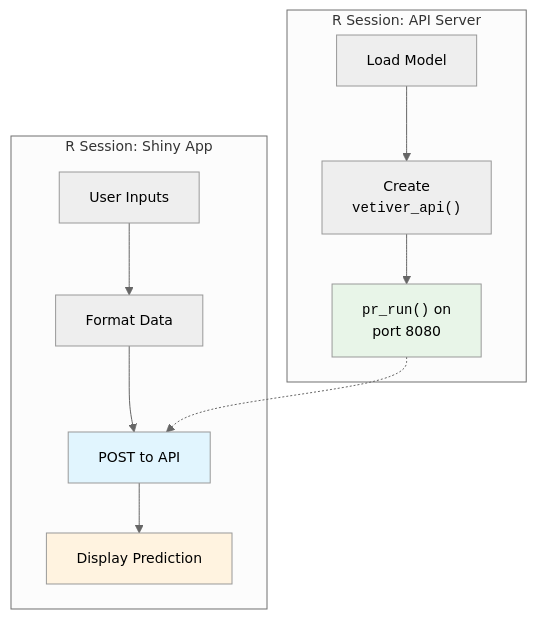
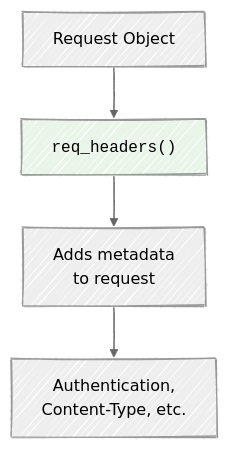
One commit to mjfrigaard/do4ds-labs changed the eighth of 11 diagrams in r-app-api.qmd. Above: the diagram before and after it, drawn with Mermaid. The commit also changed other lines of this file and 62 other files, not shown here.

````diff
--- a/r-app-api.qmd
+++ b/r-app-api.qmd
@@ -320,24 +627,11 @@
 ```{mermaid}
-%%| fig-cap: 'App & API'
-%%| fig-align: center
-%%| eval: false
-%%| echo: false
-%%{init: {'theme': 'neutral', 'themeVariables': { 'fontFamily': 'monospace', "fontSize":"14px"}}}%%
-graph TB
-    subgraph Rapi["R Session: API Server"]
-        Mod["Load Model"] --> VetAPI["Create<br><code>vetiver_api()</code>"]
-        VetAPI --> Router["<code>pr_run()</code> on<br>port 8080"]
-    end
-    
-    subgraph Rapp["R Session: Shiny App"]
-        User["User Inputs"] --> Data["Format Data"]
-        Data --> Post["POST to API"]
-        Post --> Pred["Display Prediction"]
-    end
-    
-    Router -.-> Post
-    
-    style Router fill:#e8f5e8
-    style Post fill:#e1f5fe
-    style Pred fill:#fff3e0
+%%{init: {'theme': 'neutral', 'look': 'handDrawn', 'themeVariables': { 'fontFamily': 'monospace'}}}%%
+
+graph TD
+	A[Request Object] --> B["<code>req_headers()</code>"]
+	B --> C["Adds metadata<br>to request"]
+	C --> D["Authentication,<br>Content-Type, etc."]
+
+style B fill:#e8f5e8
+
 ```
````
